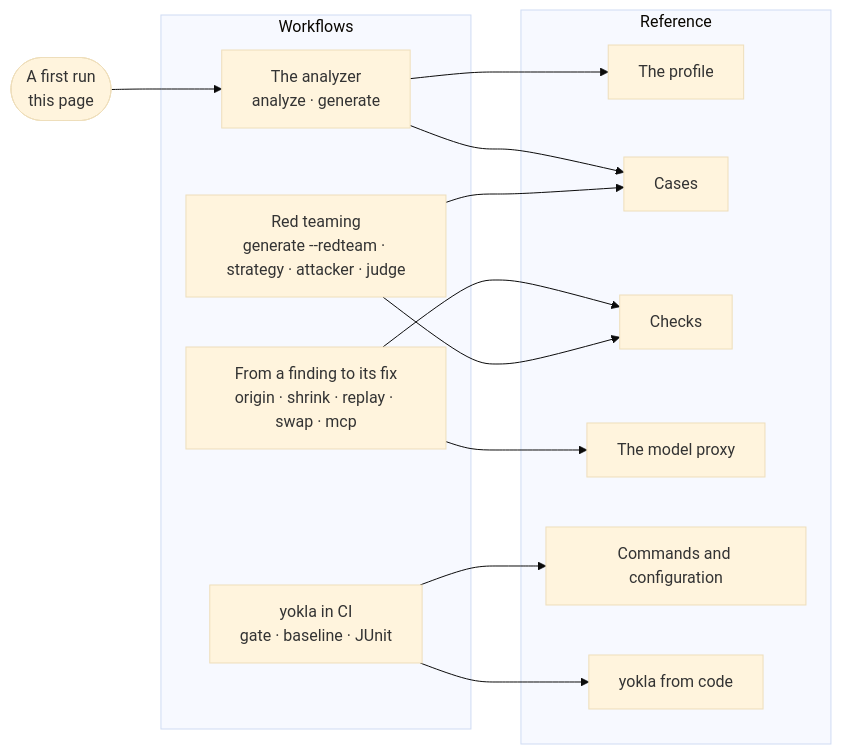
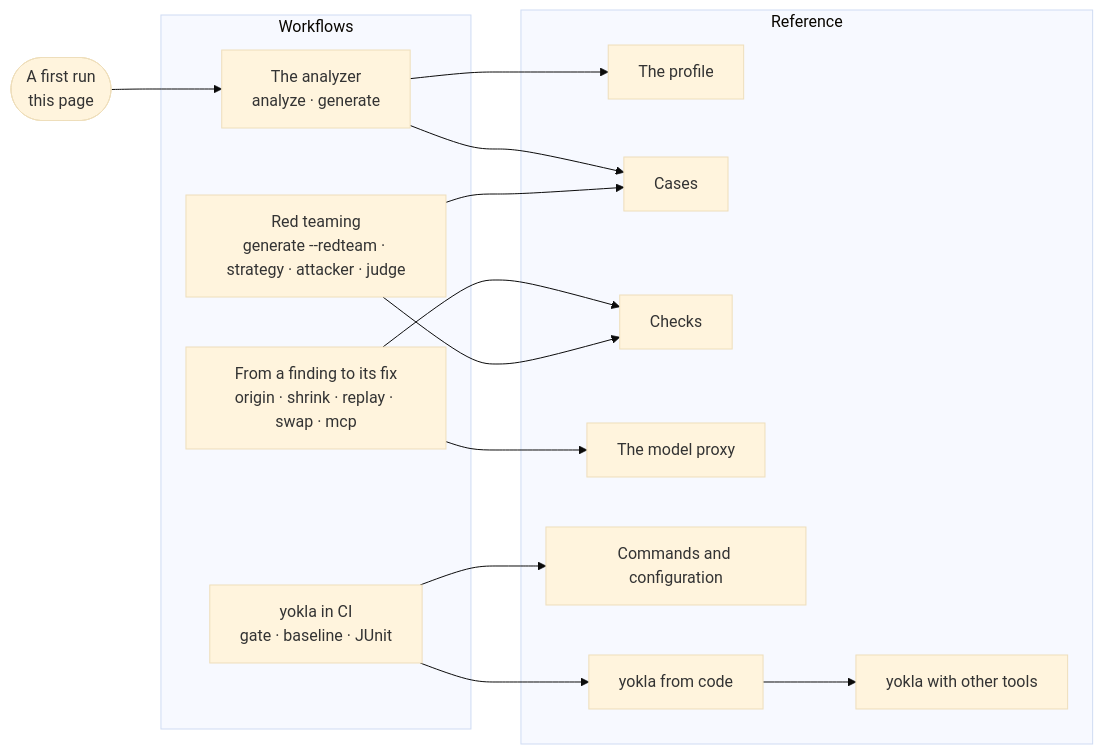
The diagram in docs/guide/README.md (thebozturk/yokla), drawn with Mermaid (base theme) before and after one commit. The commit also changed other lines of this file and 7 other files, not shown here.

First line of the commit message:
docs: yokla with other tools (ADR-0096)

````diff
--- a/docs/guide/README.md
+++ b/docs/guide/README.md
@@ -12,26 +12,28 @@
 ```mermaid
 flowchart LR
     Start(["A first run<br/>this page"]) --> Analyzer
     subgraph Workflows
         Analyzer["The analyzer<br/>analyze · generate"]
         Debugging["From a finding to its fix<br/>origin · shrink · replay · swap · mcp"]
         CI["yokla in CI<br/>gate · baseline · JUnit"]
         RedTeam["Red teaming<br/>generate --redteam · strategy · attacker · judge"]
     end
     subgraph Reference
         Profile["The profile"]
         Cases["Cases"]
         Checks["Checks"]
         Proxy["The model proxy"]
         CLI["Commands and configuration"]
         API["yokla from code"]
+        Interop["yokla with other tools"]
     end
     Analyzer --> Profile
     Analyzer --> Cases
     Debugging --> Proxy
     Debugging --> Checks
     CI --> CLI
     CI --> API
+    API --> Interop
     RedTeam --> Cases
     RedTeam --> Checks
 ```
````
